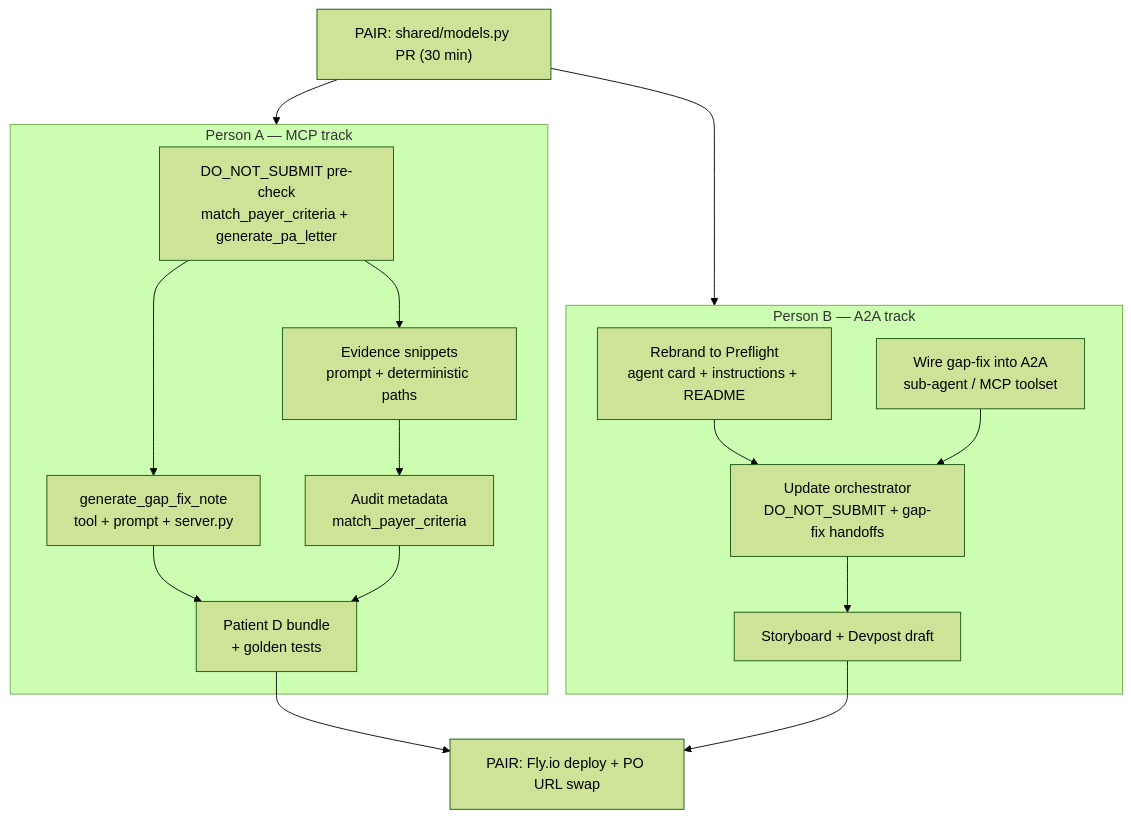
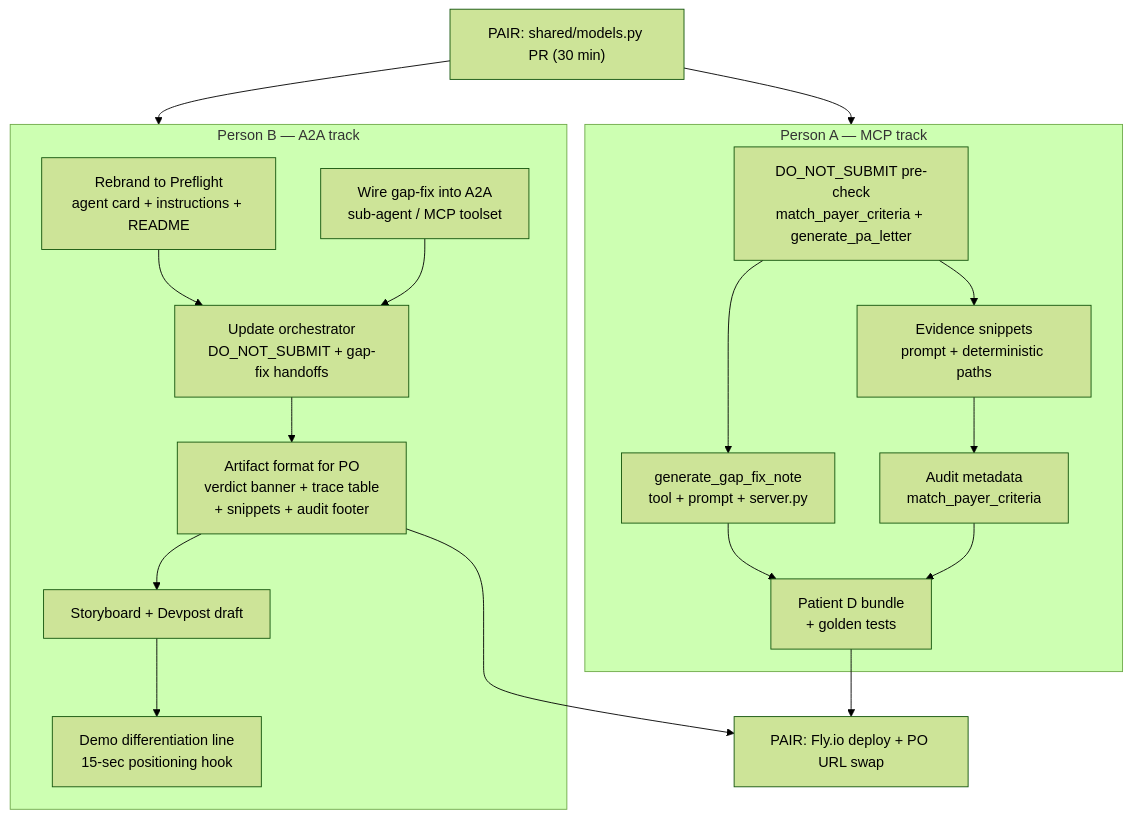
The diagram in docs/DIFFERENTIATION_PLAN.md (agents-assemble/priorauth-agent), drawn with Mermaid (forest theme) before and after one commit. The commit also changed other lines of this file, not shown here.

First line of the commit message:
docs: add artifact format, demo hook, and Patient B verification to plan

````diff
--- a/docs/DIFFERENTIATION_PLAN.md
+++ b/docs/DIFFERENTIATION_PLAN.md
@@ -63,32 +69,36 @@
 ```mermaid
 flowchart TD
     Gate["PAIR: shared/models.py PR (30 min)"]
     Gate --> PersonA_track
     Gate --> PersonB_track
     
     subgraph PersonA_track ["Person A — MCP track"]
         A1["DO_NOT_SUBMIT pre-check\nmatch_payer_criteria + generate_pa_letter"]
         A2["generate_gap_fix_note\ntool + prompt + server.py"]
         A3["Evidence snippets\nprompt + deterministic paths"]
         A4["Audit metadata\nmatch_payer_criteria"]
         A5["Patient D bundle\n+ golden tests"]
         A1 --> A2
         A3 --> A4
         A1 --> A3
         A2 --> A5
         A4 --> A5
     end
     
     subgraph PersonB_track ["Person B — A2A track"]
         B1["Rebrand to Preflight\nagent card + instructions + README"]
         B2["Wire gap-fix into A2A\nsub-agent / MCP toolset"]
         B3["Update orchestrator\nDO_NOT_SUBMIT + gap-fix handoffs"]
-        B4["Storyboard + Devpost draft"]
+        B4["Artifact format for PO\nverdict banner + trace table\n+ snippets + audit footer"]
+        B5["Storyboard + Devpost draft"]
+        B6["Demo differentiation line\n15-sec positioning hook"]
         B1 --> B3
         B2 --> B3
         B3 --> B4
+        B4 --> B5
+        B5 --> B6
     end
     
     A5 --> Deploy["PAIR: Fly.io deploy + PO URL swap"]
     B4 --> Deploy
 ```
````
